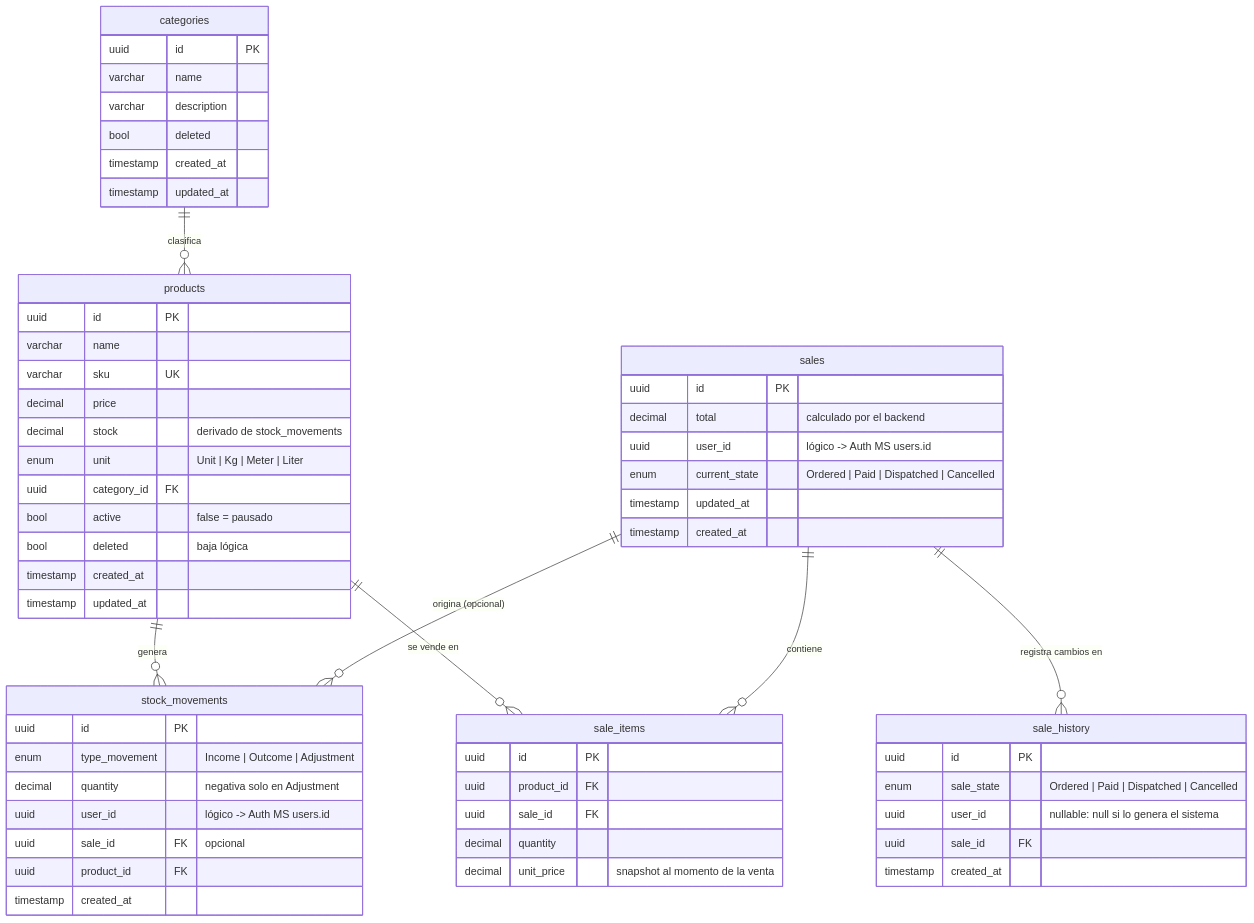
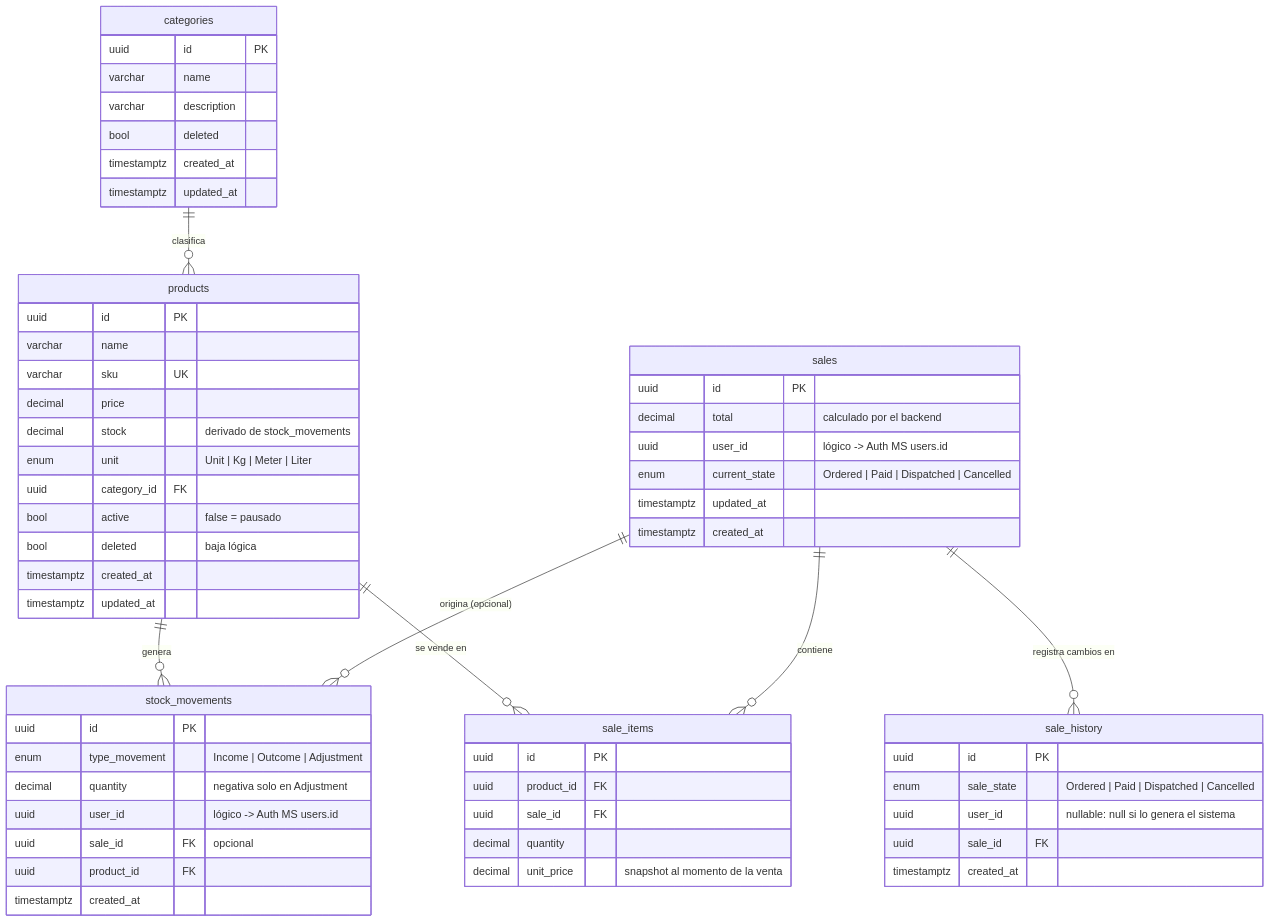
The second of 3 diagrams in docs/modelo-relacional.md (LautiZ/TrabajoFinal-ERPPymes-Grupo148), drawn with Mermaid before and after one commit. The commit also changed other lines of this file and 20 other files, not shown here.

Commit message:
docs: add architecture, modules, database scripts and initial folder structure

````diff
--- a/docs/modelo-relacional.md
+++ b/docs/modelo-relacional.md
@@ -26,67 +32,67 @@
 ```mermaid
 erDiagram
     categories ||--o{ products : "clasifica"
     products ||--o{ stock_movements : "genera"
     products ||--o{ sale_items : "se vende en"
     sales ||--o{ sale_items : "contiene"
     sales ||--o{ sale_history : "registra cambios en"
     sales ||--o{ stock_movements : "origina (opcional)"
 
     categories {
         uuid id PK
         varchar name
         varchar description
         bool deleted
-        timestamp created_at
-        timestamp updated_at
+        timestamptz created_at
+        timestamptz updated_at
     }
 
     products {
         uuid id PK
         varchar name
         varchar sku UK
         decimal price
         decimal stock "derivado de stock_movements"
         enum unit "Unit | Kg | Meter | Liter"
         uuid category_id FK
         bool active "false = pausado"
         bool deleted "baja lógica"
-        timestamp created_at
-        timestamp updated_at
+        timestamptz created_at
+        timestamptz updated_at
     }
 
     stock_movements {
         uuid id PK
         enum type_movement "Income | Outcome | Adjustment"
         decimal quantity "negativa solo en Adjustment"
         uuid user_id "lógico -> Auth MS users.id"
         uuid sale_id FK "opcional"
         uuid product_id FK
-        timestamp created_at
+        timestamptz created_at
     }
 
     sales {
         uuid id PK
         decimal total "calculado por el backend"
         uuid user_id "lógico -> Auth MS users.id"
         enum current_state "Ordered | Paid | Dispatched | Cancelled"
-        timestamp updated_at
-        timestamp created_at
+        timestamptz updated_at
+        timestamptz created_at
     }
 
     sale_items {
         uuid id PK
         uuid product_id FK
         uuid sale_id FK
         decimal quantity
         decimal unit_price "snapshot al momento de la venta"
     }
 
     sale_history {
         uuid id PK
         enum sale_state "Ordered | Paid | Dispatched | Cancelled"
         uuid user_id "nullable: null si lo genera el sistema"
         uuid sale_id FK
-        timestamp created_at
+        timestamptz created_at
     }
 ```
````
